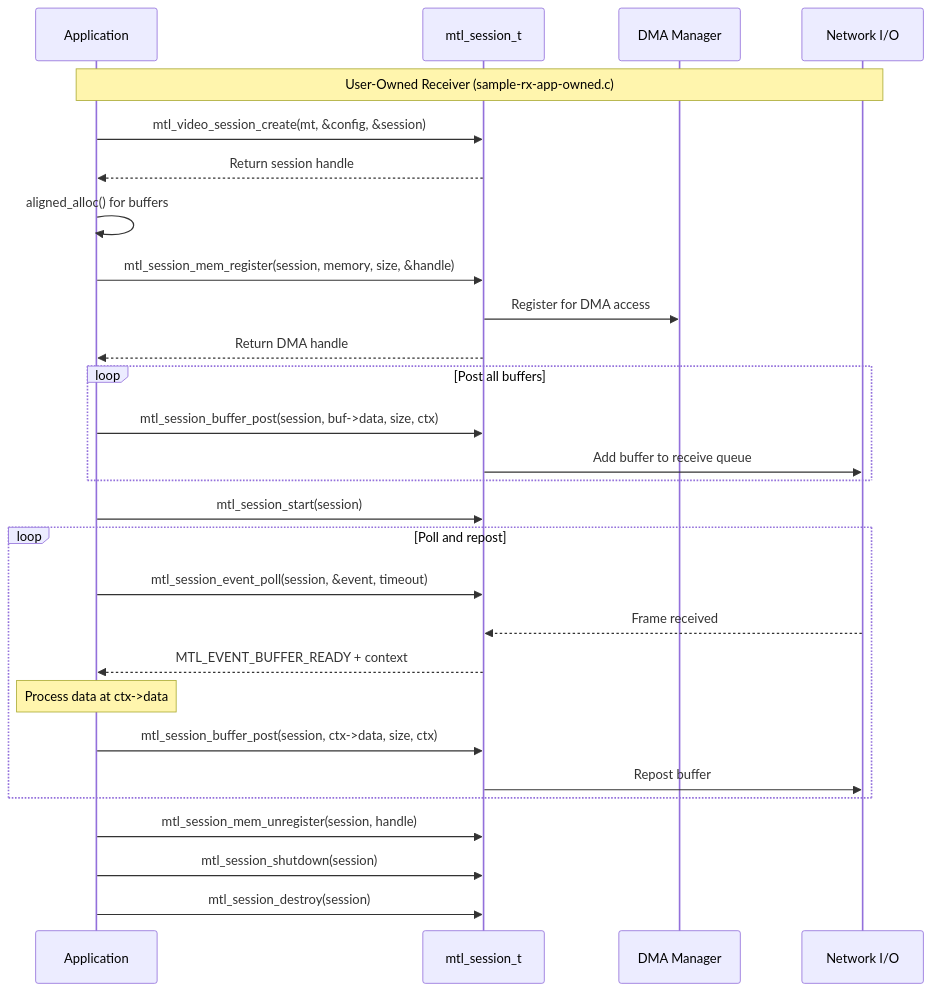
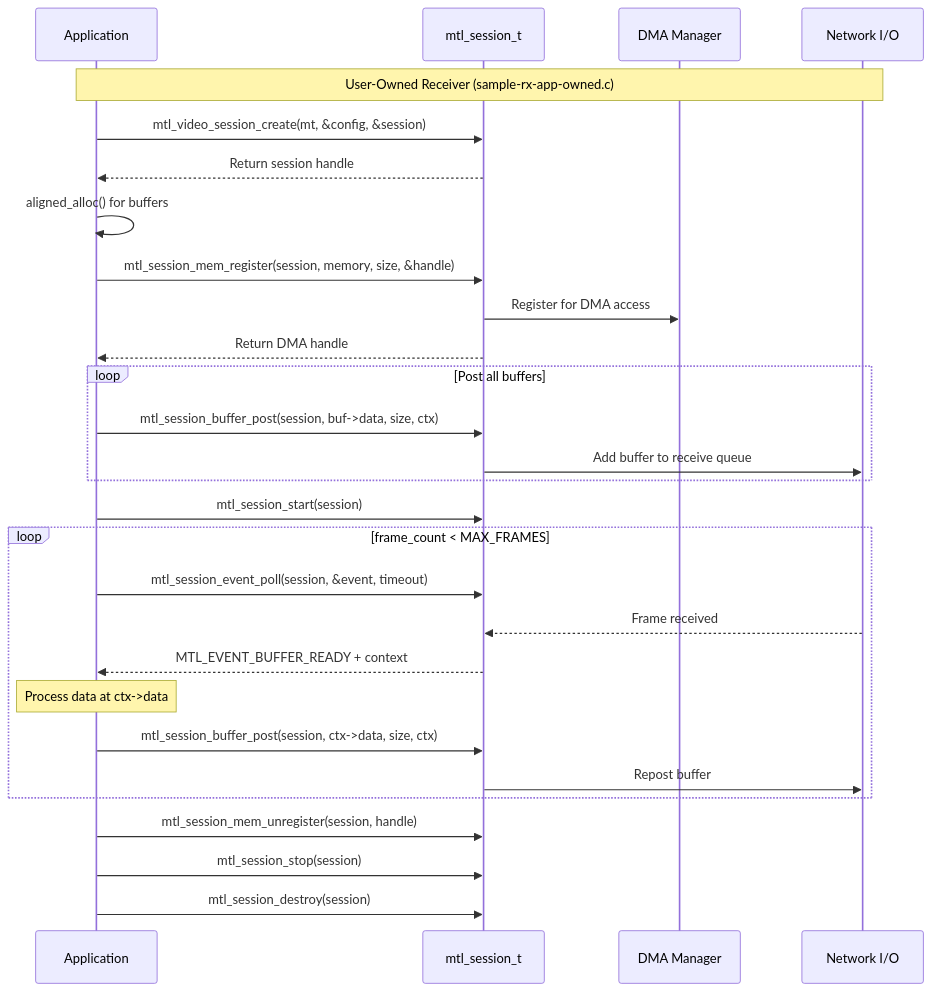
One commit to OpenVisualCloud/Media-Transport-Library changed the third of 10 diagrams in doc/new_API/samples/diagrams.md. Above: the diagram before and after it, drawn with Mermaid. The commit also changed other lines of this file and 14 other files, not shown here.

````diff
--- a/doc/new_API/samples/diagrams.md
+++ b/doc/new_API/samples/diagrams.md
@@ -72,39 +74,39 @@
 ```mermaid
 sequenceDiagram
     participant App as Application
     participant Session as mtl_session_t
     participant DMA as DMA Manager
     participant Network as Network I/O
     
     Note over App,Network: User-Owned Receiver (sample-rx-app-owned.c)
     
     App->>Session: mtl_video_session_create(mt, &config, &session)
     Session-->>App: Return session handle
     
     App->>App: aligned_alloc() for buffers
     App->>Session: mtl_session_mem_register(session, memory, size, &handle)
     Session->>DMA: Register for DMA access
     Session-->>App: Return DMA handle
     
     loop Post all buffers
         App->>Session: mtl_session_buffer_post(session, buf->data, size, ctx)
         Session->>Network: Add buffer to receive queue
     end
     
     App->>Session: mtl_session_start(session)
     
-    loop Poll and repost
+    loop frame_count < MAX_FRAMES
         App->>Session: mtl_session_event_poll(session, &event, timeout)
         Network-->>Session: Frame received
         Session-->>App: MTL_EVENT_BUFFER_READY + context
         
         Note over App: Process data at ctx->data
         
         App->>Session: mtl_session_buffer_post(session, ctx->data, size, ctx)
         Session->>Network: Repost buffer
     end
     
     App->>Session: mtl_session_mem_unregister(session, handle)
-    App->>Session: mtl_session_shutdown(session)
+    App->>Session: mtl_session_stop(session)
     App->>Session: mtl_session_destroy(session)
 ```
````
